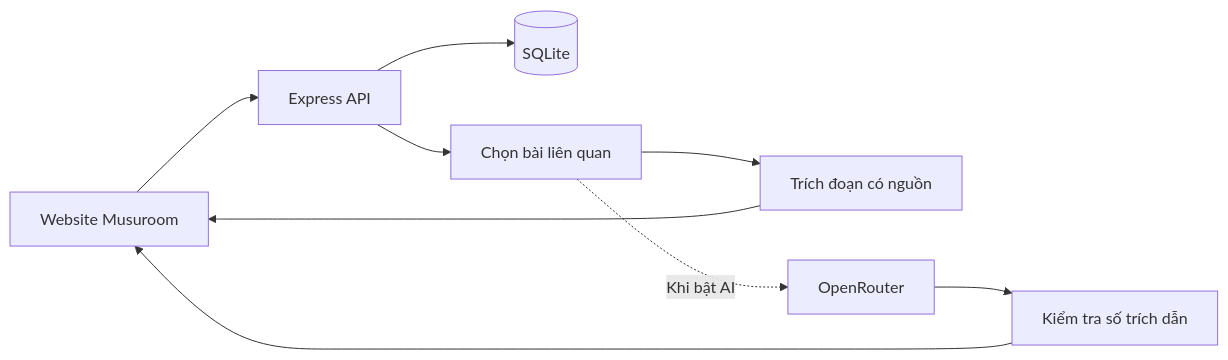
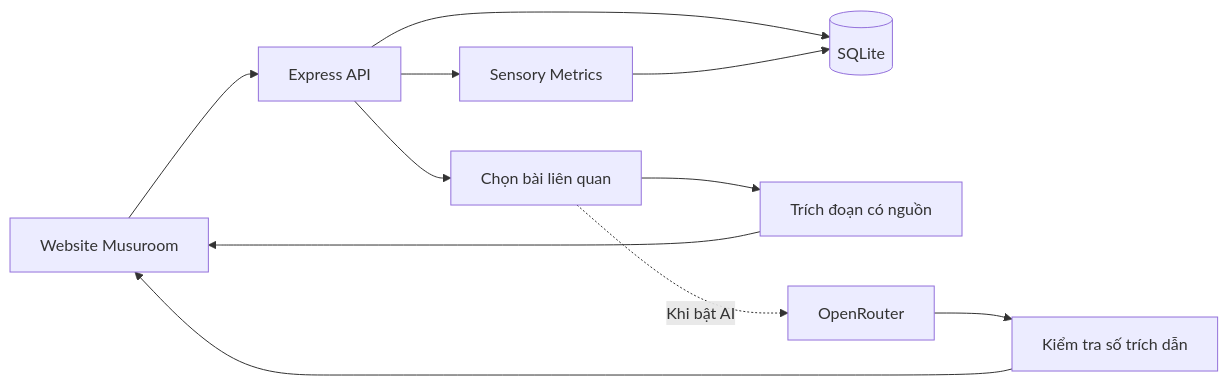
One commit to Jakcasas/musuroom changed the first of 2 diagrams in docs/ARCHITECTURE.md. Above: the diagram before and after it, drawn with Mermaid. The commit also changed other lines of this file and 14 other files, not shown here.

Commit message:
Add sensory evaluation metrics and sample registration APIs

````diff
--- a/docs/ARCHITECTURE.md
+++ b/docs/ARCHITECTURE.md
@@ -5,11 +5,13 @@
 ```mermaid
 flowchart LR
   UI[Website Musuroom] --> API[Express API]
   API --> DB[(SQLite)]
+  API --> S[Sensory Metrics]
+  S --> DB
   API --> R[Chọn bài liên quan]
   R --> E[Trích đoạn có nguồn]
   R -. Khi bật AI .-> AI[OpenRouter]
   AI --> V[Kiểm tra số trích dẫn]
   V --> UI
   E --> UI
 ```
````
